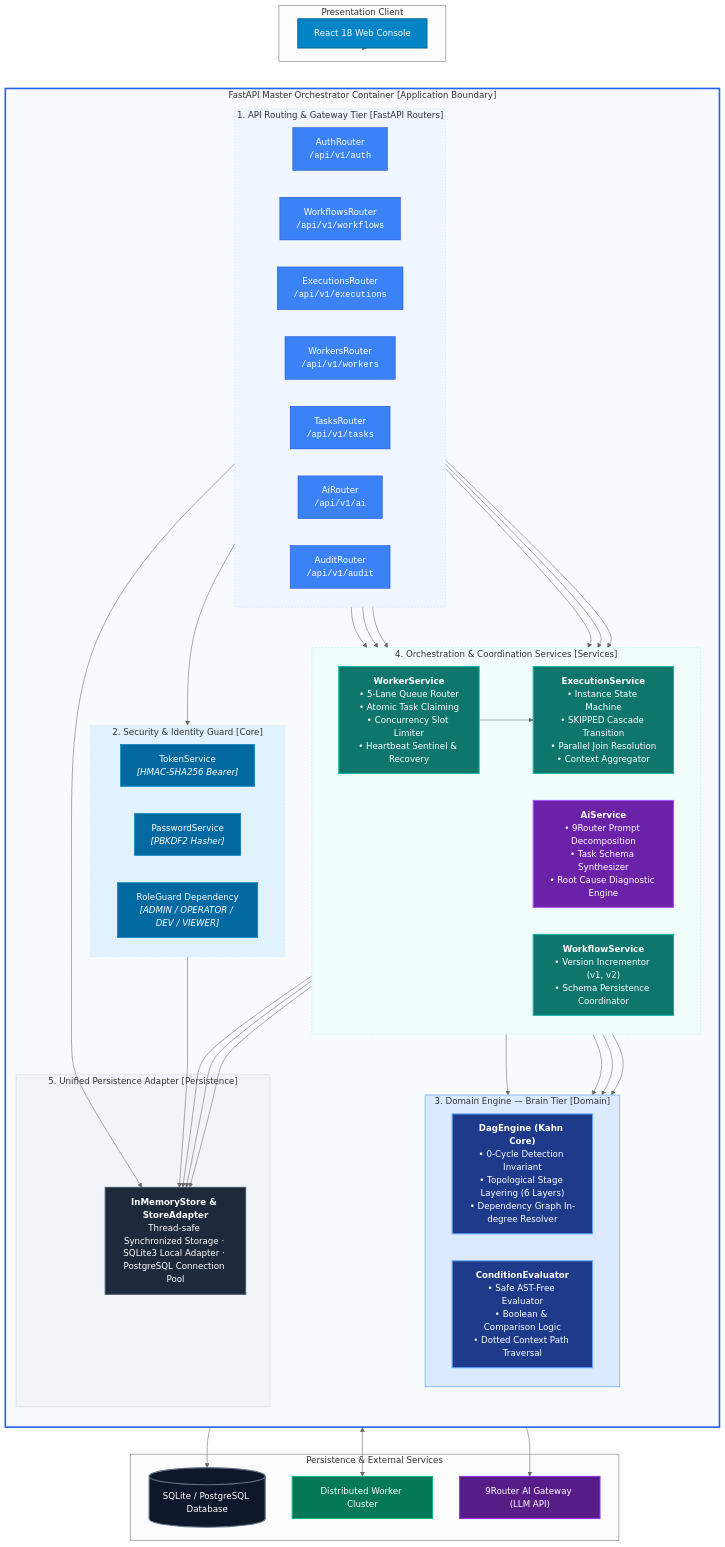
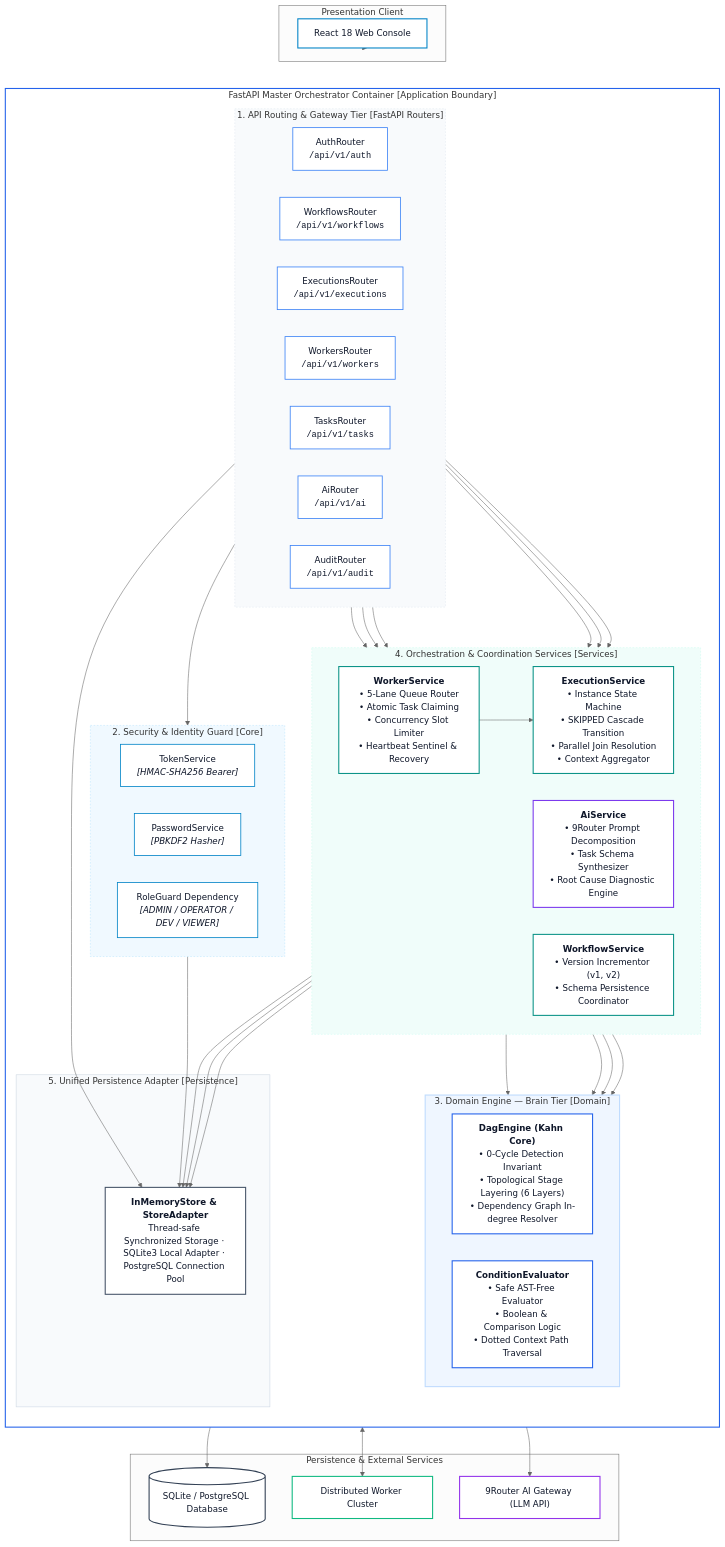
The fourth of 11 diagrams in README.md (AnCoder1310/FlowForge), drawn with Mermaid (neutral theme) before and after one commit. The commit also changed other lines of this file and 3 other files, not shown here.

Commit message:
docs & diagrams: redraw architecture diagrams to clean light theme and update README

````diff
--- a/README.md
+++ b/README.md
@@ -400,21 +402,21 @@
     store --> db
     workerSvc <--> workerCluster
 
-    classDef webClient fill:#0284c7,color:#fff,stroke:#0369a1,stroke-width:2px;
-    classDef apiBox fill:#3b82f6,color:#fff,stroke:#1d4ed8,stroke-width:1px;
-    classDef secBox fill:#0369a1,color:#fff,stroke:#0284c7,stroke-width:1px;
-    classDef brainBox fill:#1e3a8a,color:#fff,stroke:#60a5fa,stroke-width:2px;
-    classDef svcBox fill:#0f766e,color:#fff,stroke:#14b8a6,stroke-width:2px;
-    classDef aiSvcBox fill:#6b21a8,color:#fff,stroke:#a855f7,stroke-width:2px;
-    classDef storeBox fill:#1e293b,color:#fff,stroke:#475569,stroke-width:2px;
-    classDef dbBox fill:#0f172a,color:#fff,stroke:#64748b,stroke-width:2px;
-    classDef workerBox fill:#047857,color:#fff,stroke:#10b981,stroke-width:2px;
-    classDef aiBox fill:#581c87,color:#fff,stroke:#9333ea,stroke-width:2px;
+    classDef webClient fill:#ffffff,color:#0f172a,stroke:#0284c7,stroke-width:2px;
+    classDef apiBox fill:#ffffff,color:#0f172a,stroke:#3b82f6,stroke-width:1.5px;
+    classDef secBox fill:#ffffff,color:#0f172a,stroke:#0284c7,stroke-width:1.5px;
+    classDef brainBox fill:#ffffff,color:#0f172a,stroke:#2563eb,stroke-width:2px;
+    classDef svcBox fill:#ffffff,color:#0f172a,stroke:#0d9488,stroke-width:2px;
+    classDef aiSvcBox fill:#ffffff,color:#0f172a,stroke:#7c3aed,stroke-width:2px;
+    classDef storeBox fill:#ffffff,color:#0f172a,stroke:#475569,stroke-width:2px;
+    classDef dbBox fill:#ffffff,color:#0f172a,stroke:#334155,stroke-width:2px;
+    classDef workerBox fill:#ffffff,color:#0f172a,stroke:#10b981,stroke-width:2px;
+    classDef aiBox fill:#ffffff,color:#0f172a,stroke:#9333ea,stroke-width:2px;
 
-    style master fill:#f8fafc,stroke:#2563eb,stroke-width:3px
-    style apiTier fill:#eff6ff,stroke:#bfdbfe,stroke-dasharray:3 3
-    style securityTier fill:#e0f2fe,stroke:#bae6fd,stroke-dasharray:3 3
-    style domainTier fill:#dbeafe,stroke:#93c5fd,stroke-width:2px
-    style serviceTier fill:#f0fdfa,stroke:#99f6e4,stroke-dasharray:3 3
-    style persistTier fill:#f1f5f9,stroke:#cbd5e1,stroke-width:1px
+    style master fill:#ffffff,stroke:#2563eb,stroke-width:2px
+    style apiTier fill:#f8fafc,stroke:#e2e8f0,stroke-dasharray:3 3
+    style securityTier fill:#f0f9ff,stroke:#bae6fd,stroke-dasharray:3 3
+    style domainTier fill:#eff6ff,stroke:#bfdbfe,stroke-width:2px
+    style serviceTier fill:#f0fdfa,stroke:#ccfbf1,stroke-dasharray:3 3
+    style persistTier fill:#f8fafc,stroke:#cbd5e1,stroke-width:1px
 ```
````
